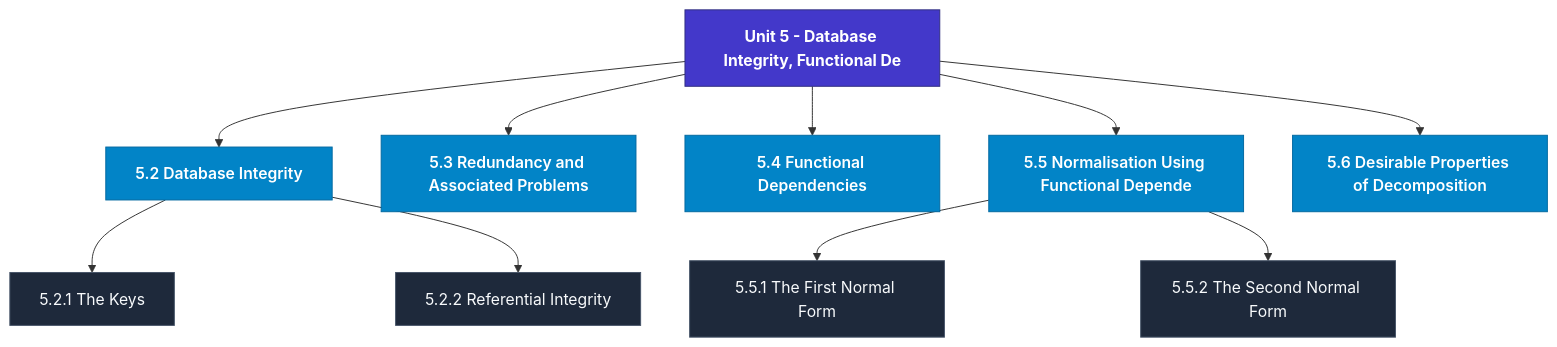
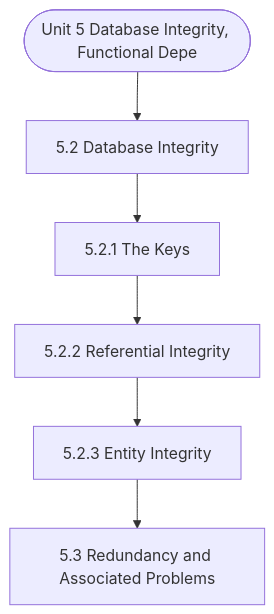
Before and after one commit to Asutosh-Coaching/mscdsa: the diagram in notes/Semester_1/MCS-207_Database_Management_Systems/unit_05_Database_Integrity,_Functional_Dependency_and_Norm.md, drawn with Mermaid. The commit also changed other lines of this file and 115 other files, not shown here.

Commit message:
Fix Mermaid layout for mobile, isolate LaTeX delimiters, and add GitHub Pages reader

````diff
--- a/notes/Semester_1/MCS-207_Database_Management_Systems/unit_05_Database_Integrity,_Functional_Dependency_and_Norm.md
+++ b/notes/Semester_1/MCS-207_Database_Management_Systems/unit_05_Database_Integrity,_Functional_Dependency_and_Norm.md
@@ -19,27 +19,14 @@
 ```mermaid
 flowchart TD
-  %% Styling Definitions
-  classDef head fill:#4338ca,stroke:#312e81,color:#ffffff,font-weight:bold;
-  classDef topic fill:#0284c7,stroke:#0369a1,color:#ffffff,font-weight:600;
-  classDef sub fill:#1e293b,stroke:#475569,color:#f8fafc;
-
-  Root["Unit 5 - Database Integrity, Functional De"]:::head
-  M1["5.2 Database Integrity"]:::topic
-  Root --> M1
-  M1_1["5.2.1 The Keys"]:::sub
-  M1 --> M1_1
-  M1_2["5.2.2 Referential Integrity"]:::sub
-  M1 --> M1_2
-  M2["5.3 Redundancy and Associated Problems"]:::topic
-  Root --> M2
-  M3["5.4 Functional Dependencies"]:::topic
-  Root --> M3
-  M4["5.5 Normalisation Using Functional Depende"]:::topic
-  Root --> M4
-  M4_1["5.5.1 The First Normal Form"]:::sub
-  M4 --> M4_1
-  M4_2["5.5.2 The Second Normal Form"]:::sub
-  M4 --> M4_2
-  M5["5.6 Desirable Properties of Decomposition"]:::topic
-  Root --> M5
+  Start(["Unit 5 Database Integrity, Functional Depe"])
+  N1["5.2 Database Integrity"]
+  N2["5.2.1 The Keys"]
+  N3["5.2.2 Referential Integrity"]
+  N4["5.2.3 Entity Integrity"]
+  N5["5.3 Redundancy and Associated Problems"]
+  Start --> N1
+  N1 --> N2
+  N2 --> N3
+  N3 --> N4
+  N4 --> N5
 ```
````
